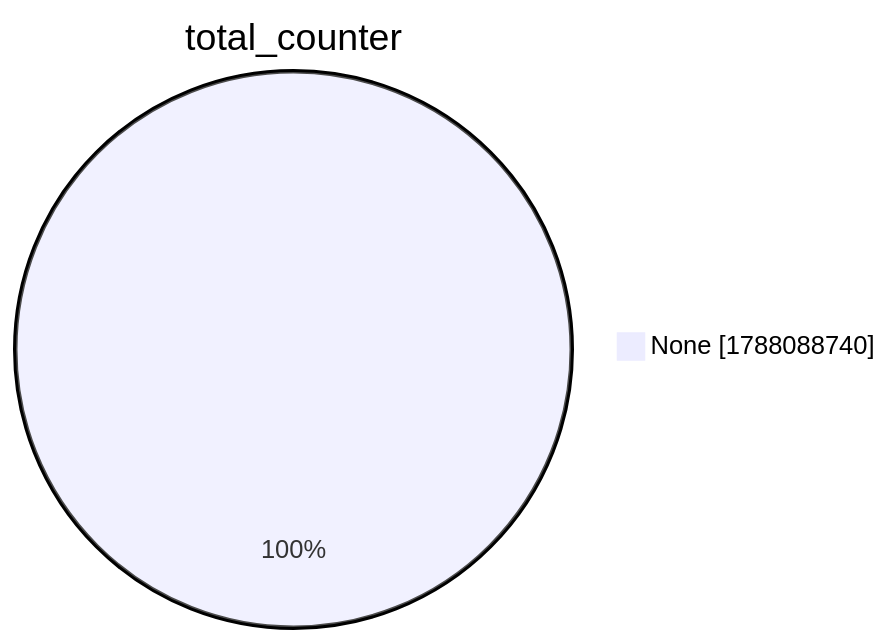
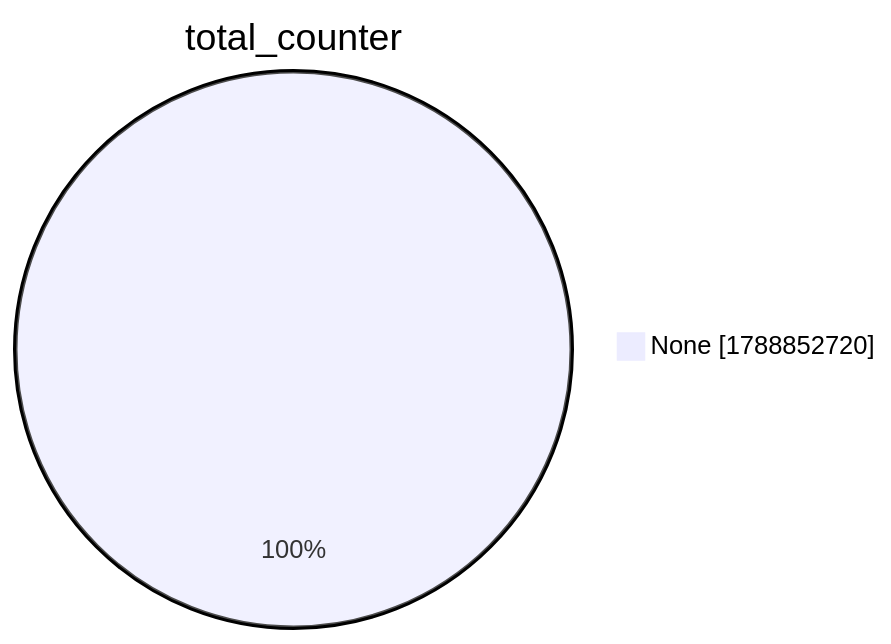
The second of 15 diagrams in xenon2022/README.md (christiankrug/ctmonitor_visualization), drawn with Mermaid before and after one commit. The commit also changed other lines of this file, not shown here.

````diff
--- a/xenon2022/README.md
+++ b/xenon2022/README.md
@@ -9,5 +9,5 @@
 ```mermaid
 pie showData
 title total_counter
-"None" :1788088740
+"None" :1788852720
 ```
````
